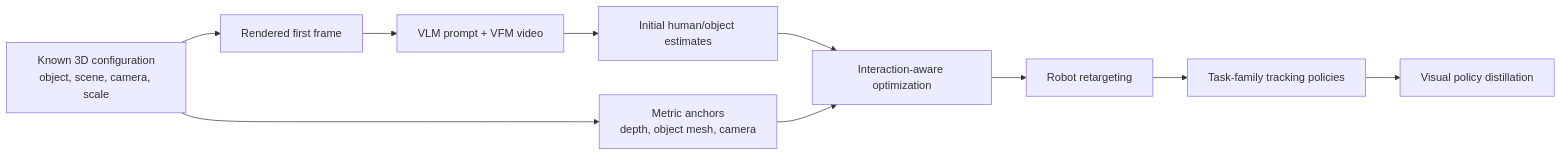
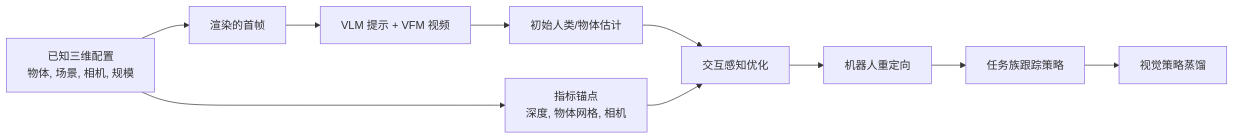
Before and after one commit to niuverse/llm-wiki: the diagram in wiki/concepts/AssetConditionedHOIGeneration.md, drawn with Mermaid. The commit also changed other lines of this file and 123 other files, not shown here.

````diff
--- a/wiki/concepts/AssetConditionedHOIGeneration.md
+++ b/wiki/concepts/AssetConditionedHOIGeneration.md
@@ -67,12 +67,12 @@
 ```mermaid
 flowchart LR
-  A["Known 3D configuration<br/>object, scene, camera, scale"] --> B["Rendered first frame"]
-  B --> C["VLM prompt + VFM video"]
-  C --> D["Initial human/object estimates"]
-  A --> E["Metric anchors<br/>depth, object mesh, camera"]
-  D --> F["Interaction-aware optimization"]
+  A["已知三维配置<br/>物体, 场景, 相机, 规模"] --> B["渲染的首帧"]
+  B --> C["VLM 提示 + VFM 视频"]
+  C --> D["初始人类/物体估计"]
+  A --> E["指标锚点<br/>深度, 物体网格, 相机"]
+  D --> F["交互感知优化"]
   E --> F
-  F --> G["Robot retargeting"]
-  G --> H["Task-family tracking policies"]
-  H --> I["Visual policy distillation"]
+  F --> G["机器人重定向"]
+  G --> H["任务族跟踪策略"]
+  H --> I["视觉策略蒸馏"]
 ```
````
